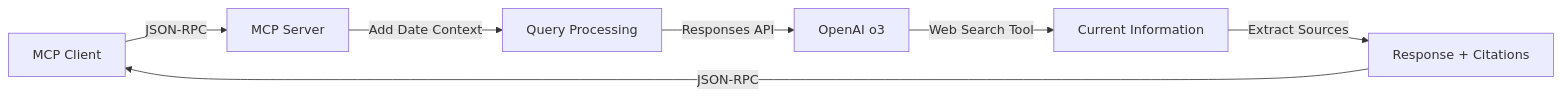
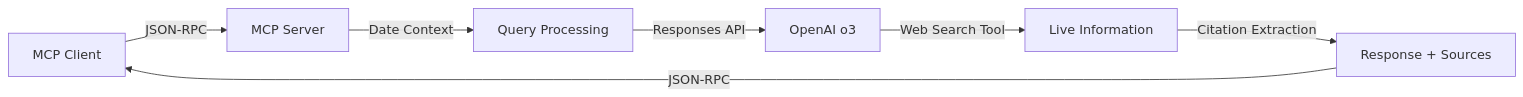
The diagram in README.md (jaysm03/openai-websearch-mcp), drawn with Mermaid before and after one commit. The commit also changed other lines of this file and 2 other files, not shown here.

````diff
--- a/README.md
+++ b/README.md
@@ -186,9 +36,9 @@
 ```mermaid
 graph LR
     A[MCP Client] -->|JSON-RPC| B[MCP Server]
-    B -->|Add Date Context| C[Query Processing]
+    B -->|Date Context| C[Query Processing]
     C -->|Responses API| D[OpenAI o3]
-    D -->|Web Search Tool| E[Current Information]
-    E -->|Extract Sources| F[Response + Citations]
+    D -->|Web Search Tool| E[Live Information]
+    E -->|Citation Extraction| F[Response + Sources]
     F -->|JSON-RPC| A
 ```
````
